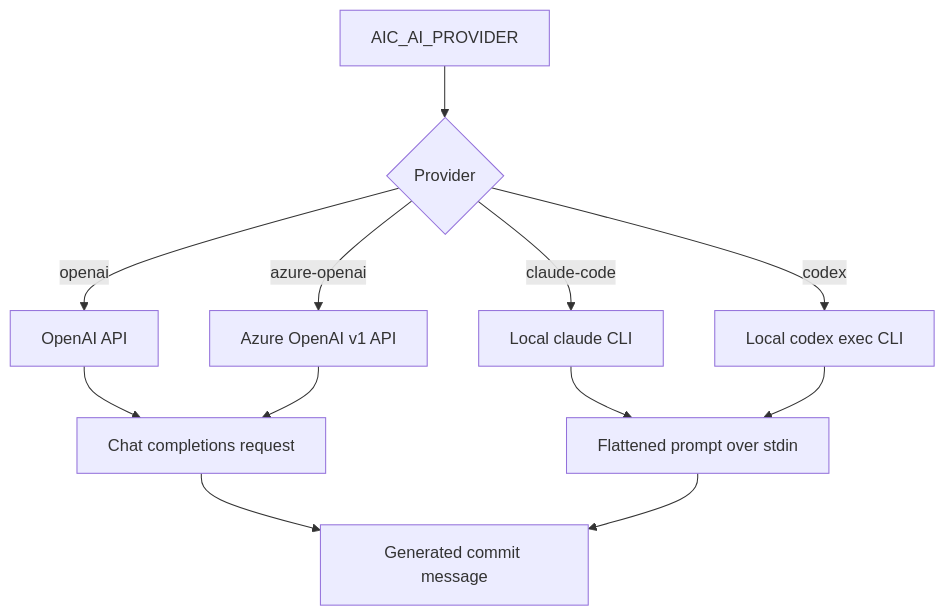
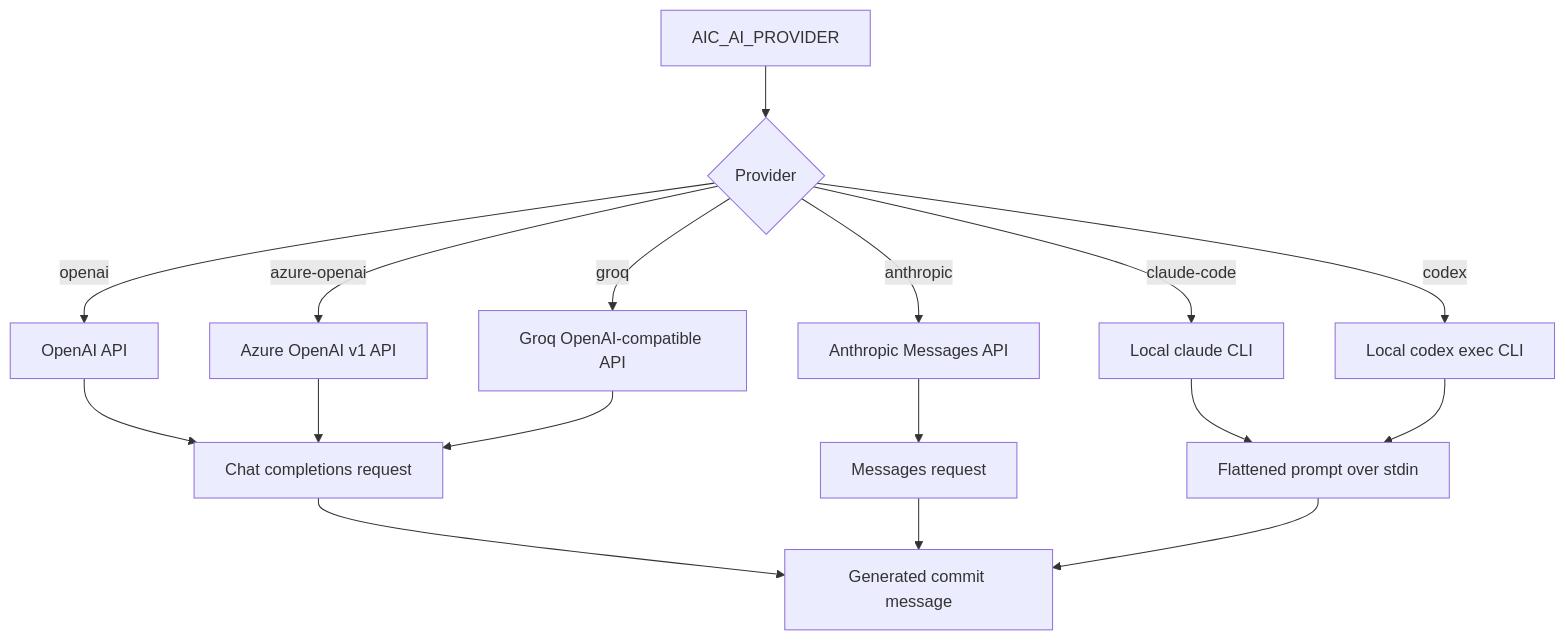
The diagram in docs/providers.md (russmckendrick/aicommit), drawn with Mermaid before and after one commit. The commit also changed other lines of this file and 15 other files, not shown here.

First line of the commit message:
✨ feat(ai): add anthropic and groq provider support

````diff
--- a/docs/providers.md
+++ b/docs/providers.md
@@ -16,14 +20,19 @@
 ```mermaid
 flowchart TD
     Config["AIC_AI_PROVIDER"] --> Provider{"Provider"}
     Provider -->|openai| OpenAI["OpenAI API"]
     Provider -->|azure-openai| Azure["Azure OpenAI v1 API"]
+    Provider -->|anthropic| Anthropic["Anthropic Messages API"]
+    Provider -->|groq| Groq["Groq OpenAI-compatible API"]
     Provider -->|claude-code| Claude["Local claude CLI"]
     Provider -->|codex| Codex["Local codex exec CLI"]
     OpenAI --> Chat["Chat completions request"]
     Azure --> Chat
+    Groq --> Chat
+    Anthropic --> Messages["Messages request"]
     Claude --> Prompt["Flattened prompt over stdin"]
     Codex --> Prompt
     Chat --> Result["Generated commit message"]
+    Messages --> Result
     Prompt --> Result
 ```
````
